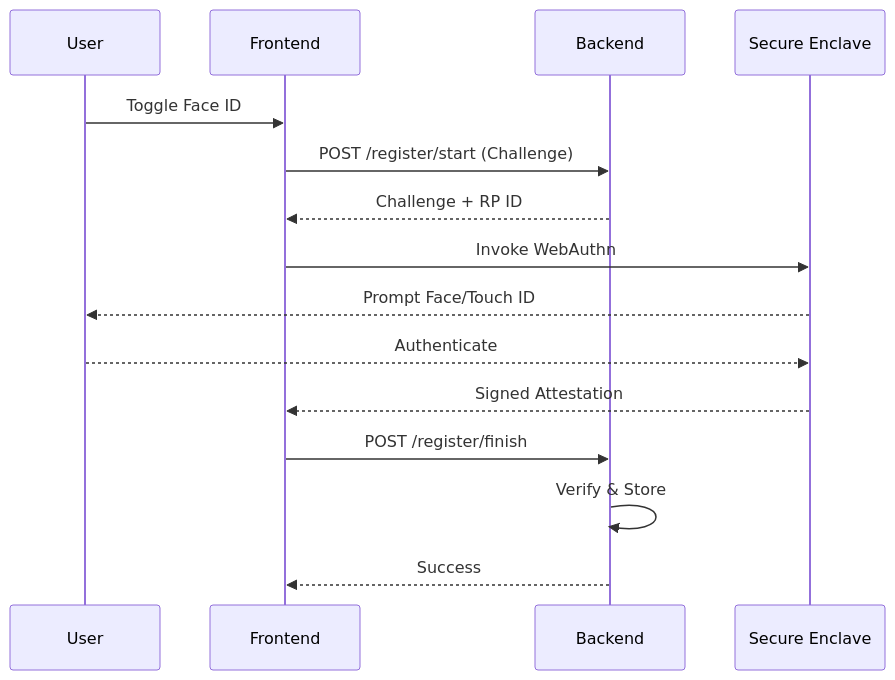
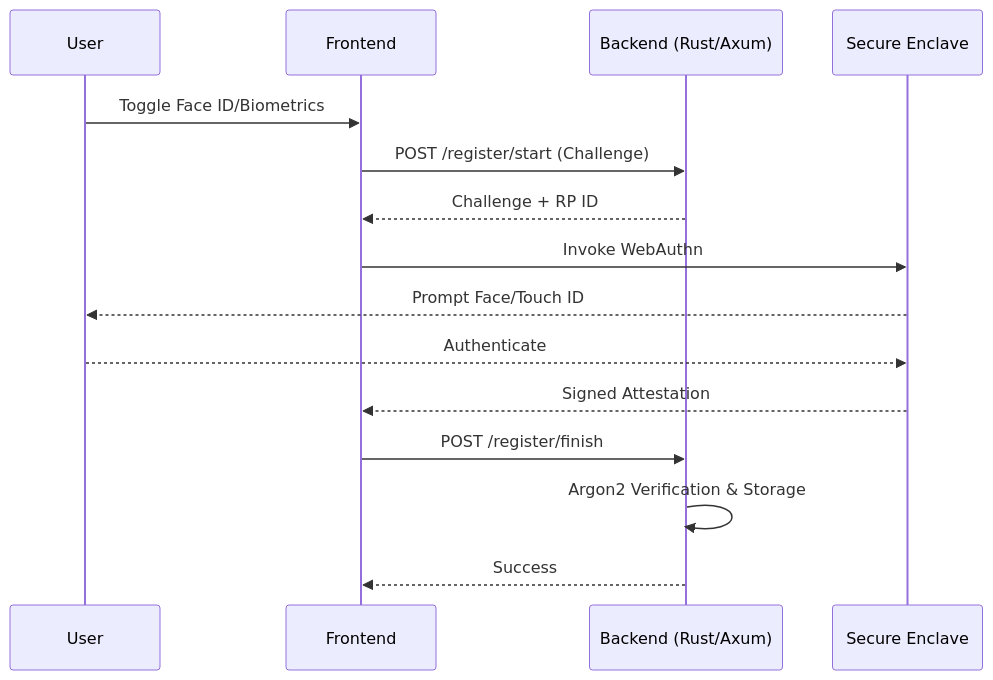
Before and after one commit to gammahazard/Vanguard-frontend: the second of 2 diagrams in README.md, drawn with Mermaid. The commit also changed other lines of this file and 4 other files, not shown here.

````diff
--- a/README.md
+++ b/README.md
@@ -86,18 +100,18 @@
 ```mermaid
 sequenceDiagram
     participant U as User
     participant F as Frontend
-    participant B as Backend
+    participant B as Backend (Rust/Axum)
     participant HW as Secure Enclave
 
-    U->>F: Toggle Face ID
+    U->>F: Toggle Face ID/Biometrics
     F->>B: POST /register/start (Challenge)
     B-->>F: Challenge + RP ID
     F->>HW: Invoke WebAuthn
     HW-->>U: Prompt Face/Touch ID
     U-->>HW: Authenticate
     HW-->>F: Signed Attestation
     F->>B: POST /register/finish
-    B->>B: Verify & Store
+    B->>B: Argon2 Verification & Storage
     B-->>F: Success
 ```
````
